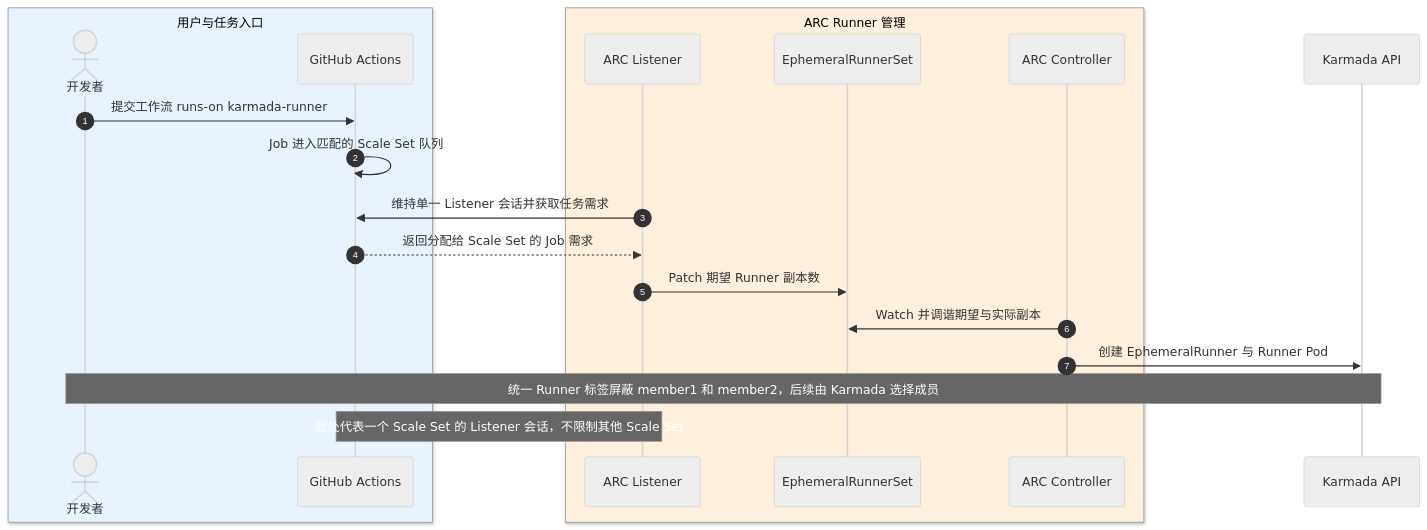
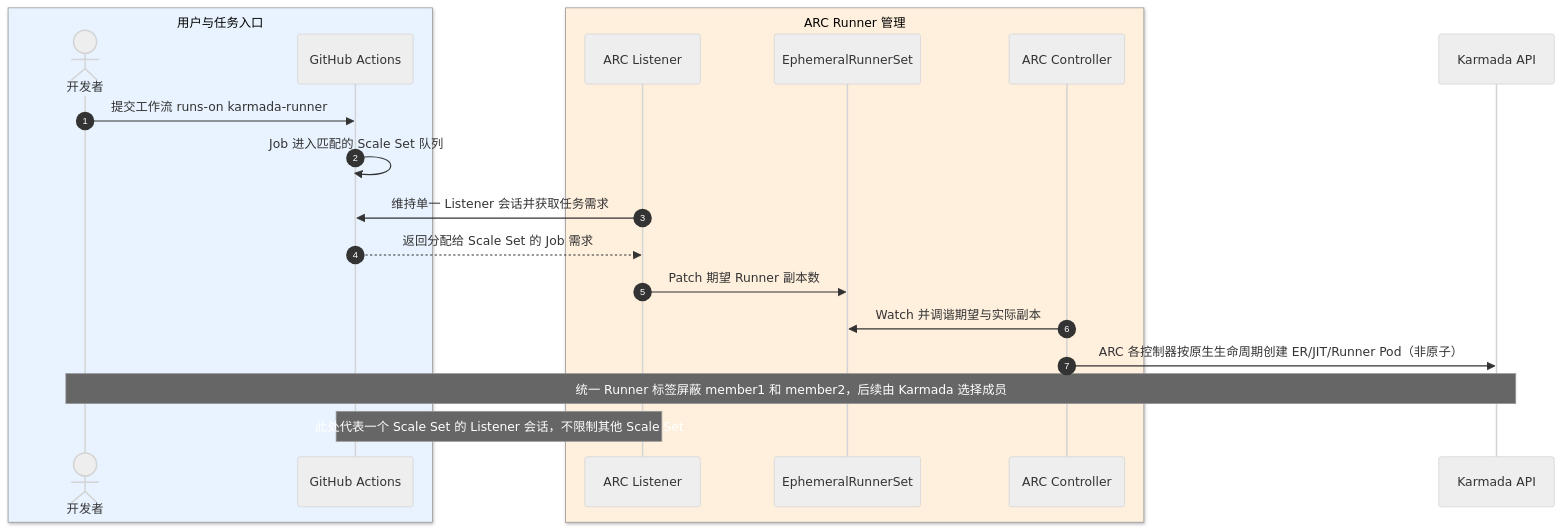
One commit to pkking/arc-karmada-test changed the fourth of 15 diagrams in docs/ASCEND-CI-FEDERATED-CLUSTER-FUNCTIONAL-DESIGN.md. Above: the diagram before and after it, drawn with Mermaid (neutral theme). The commit also changed other lines of this file and 1 other file, not shown here.

First line of the commit message:
docs: 完善 ARC + Karmada 联邦集群功能设计（第 2～5 章）

````diff
--- a/docs/ASCEND-CI-FEDERATED-CLUSTER-FUNCTIONAL-DESIGN.md
+++ b/docs/ASCEND-CI-FEDERATED-CLUSTER-FUNCTIONAL-DESIGN.md
@@ -487,24 +739,24 @@
 ```mermaid
 sequenceDiagram
     autonumber
     box rgb(232,243,255) 用户与任务入口
         actor Dev as 开发者
         participant GH as GitHub Actions
     end
     box rgb(255,240,222) ARC Runner 管理
         participant L as ARC Listener
         participant ERS as EphemeralRunnerSet
         participant C as ARC Controller
     end
     participant K as Karmada API
 
     Dev->>GH: 提交工作流 runs-on karmada-runner
     GH->>GH: Job 进入匹配的 Scale Set 队列
     L->>GH: 维持单一 Listener 会话并获取任务需求
     GH-->>L: 返回分配给 Scale Set 的 Job 需求
     L->>ERS: Patch 期望 Runner 副本数
     C->>ERS: Watch 并调谐期望与实际副本
-    C->>K: 创建 EphemeralRunner 与 Runner Pod
+    C->>K: ARC 各控制器按原生生命周期创建 ER/JIT/Runner Pod（非原子）
     Note over Dev,K: 统一 Runner 标签屏蔽 member1 和 member2，后续由 Karmada 选择成员
     Note over GH,L: 此处代表一个 Scale Set 的 Listener 会话，不限制其他 Scale Set
 ```
````
